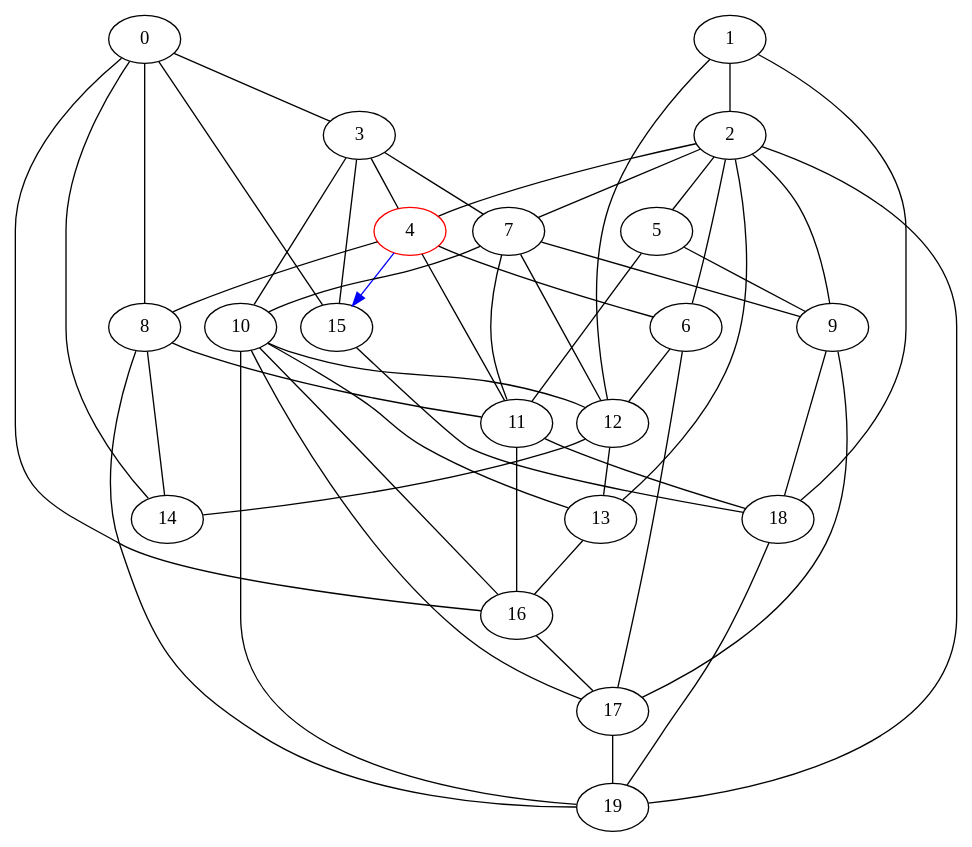
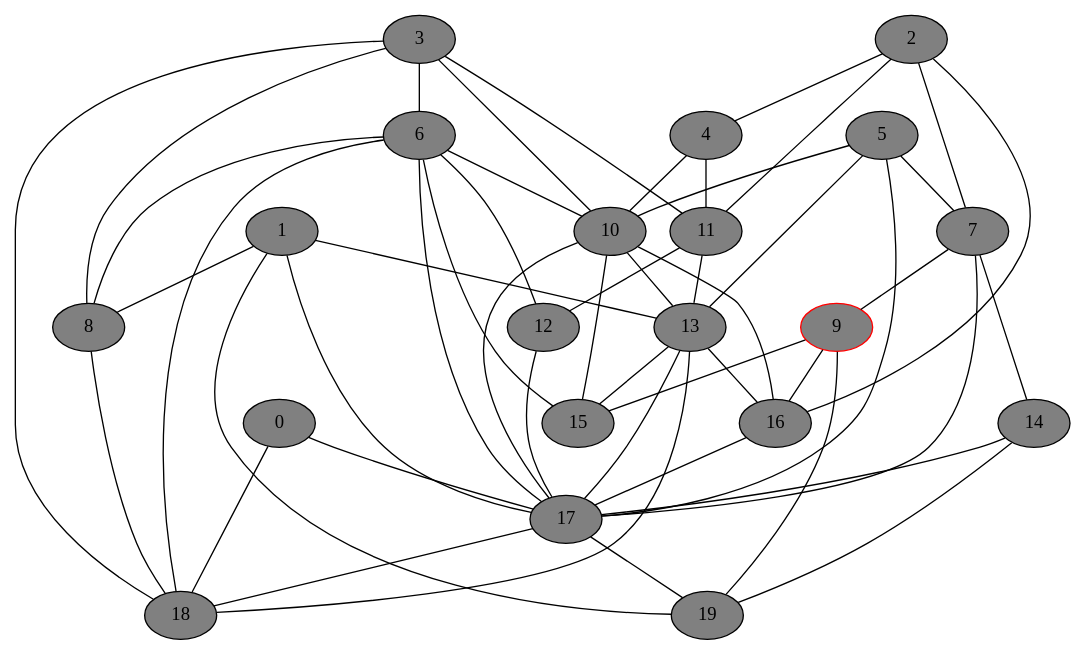
Before and after one commit to DSMishler/EBA_models: the diagram in gv_graphs/nxt0709.dot, drawn with Graphviz. The commit also changed 1043 other files, not shown here.

Commit message:
second set of graphs

```diff
--- a/gv_graphs/nxt0709.dot
+++ b/gv_graphs/nxt0709.dot
@@ -1,74 +1,74 @@
 // network test graph
 digraph
 {
-	0 [fillcolor=gray,style=shaded,]
-	1 [fillcolor=gray,style=shaded,]
-	2 [fillcolor=gray,style=shaded,]
-	3 [fillcolor=gray,style=shaded,]
-	4 [fillcolor=gray,style=shaded,color=red,]
-	5 [fillcolor=gray,style=shaded,]
-	6 [fillcolor=gray,style=shaded,]
-	7 [fillcolor=gray,style=shaded,]
-	8 [fillcolor=gray,style=shaded,]
-	9 [fillcolor=gray,style=shaded,]
-	10 [fillcolor=gray,style=shaded,]
-	11 [fillcolor=gray,style=shaded,]
-	12 [fillcolor=gray,style=shaded,]
-	13 [fillcolor=gray,style=shaded,]
-	14 [fillcolor=gray,style=shaded,]
-	15 [fillcolor=gray,style=shaded,]
-	16 [fillcolor=gray,style=shaded,]
-	17 [fillcolor=gray,style=shaded,]
-	18 [fillcolor=gray,style=shaded,]
-	19 [fillcolor=gray,style=shaded,]
-	0 -> 3 [dir=none]
-	0 -> 8 [dir=none]
-	0 -> 14 [dir=none]
-	0 -> 15 [dir=none]
-	0 -> 16 [dir=none]
-	1 -> 2 [dir=none]
-	1 -> 12 [dir=none]
-	1 -> 18 [dir=none]
+	0 [fillcolor=gray,style=filled,]
+	1 [fillcolor=gray,style=filled,]
+	2 [fillcolor=gray,style=filled,]
+	3 [fillcolor=gray,style=filled,]
+	4 [fillcolor=gray,style=filled,]
+	5 [fillcolor=gray,style=filled,]
+	6 [fillcolor=gray,style=filled,]
+	7 [fillcolor=gray,style=filled,]
+	8 [fillcolor=gray,style=filled,]
+	9 [fillcolor=gray,style=filled,color=red,]
+	10 [fillcolor=gray,style=filled,]
+	11 [fillcolor=gray,style=filled,]
+	12 [fillcolor=gray,style=filled,]
+	13 [fillcolor=gray,style=filled,]
+	14 [fillcolor=gray,style=filled,]
+	15 [fillcolor=gray,style=filled,]
+	16 [fillcolor=gray,style=filled,]
+	17 [fillcolor=gray,style=filled,]
+	18 [fillcolor=gray,style=filled,]
+	19 [fillcolor=gray,style=filled,]
+	0 -> 17 [dir=none]
+	0 -> 18 [dir=none]
+	1 -> 8 [dir=none]
+	1 -> 13 [dir=none]
+	1 -> 17 [dir=none]
+	1 -> 19 [dir=none]
 	2 -> 4 [dir=none]
-	2 -> 5 [dir=none]
-	2 -> 6 [dir=none]
 	2 -> 7 [dir=none]
-	2 -> 9 [dir=none]
-	2 -> 13 [dir=none]
-	2 -> 19 [dir=none]
-	3 -> 4 [dir=none]
-	3 -> 7 [dir=none]
+	2 -> 11 [dir=none]
+	2 -> 16 [dir=none]
+	3 -> 6 [dir=none]
+	3 -> 8 [dir=none]
 	3 -> 10 [dir=none]
-	3 -> 15 [dir=none]
-	4 -> 6 [dir=none]
-	4 -> 8 [dir=none]
+	3 -> 11 [dir=none]
+	3 -> 18 [dir=none]
+	4 -> 10 [dir=none]
 	4 -> 11 [dir=none]
-	4 -> 15 [dir=forward,color=blue,]
-	5 -> 9 [dir=none]
-	5 -> 11 [dir=none]
+	5 -> 7 [dir=none]
+	5 -> 10 [dir=none]
+	5 -> 13 [dir=none]
+	5 -> 17 [dir=none]
+	6 -> 8 [dir=none]
+	6 -> 10 [dir=none]
 	6 -> 12 [dir=none]
+	6 -> 15 [dir=none]
 	6 -> 17 [dir=none]
+	6 -> 18 [dir=none]
 	7 -> 9 [dir=none]
-	7 -> 10 [dir=none]
-	7 -> 11 [dir=none]
-	7 -> 12 [dir=none]
-	8 -> 11 [dir=none]
-	8 -> 14 [dir=none]
-	8 -> 19 [dir=none]
-	9 -> 17 [dir=none]
-	9 -> 18 [dir=none]
-	10 -> 12 [dir=none]
+	7 -> 14 [dir=none]
+	7 -> 17 [dir=none]
+	8 -> 18 [dir=none]
+	9 -> 15 [dir=none]
+	9 -> 16 [dir=none]
+	9 -> 19 [dir=none]
 	10 -> 13 [dir=none]
+	10 -> 15 [dir=none]
 	10 -> 16 [dir=none]
 	10 -> 17 [dir=none]
-	10 -> 19 [dir=none]
-	11 -> 16 [dir=none]
-	11 -> 18 [dir=none]
-	12 -> 13 [dir=none]
-	12 -> 14 [dir=none]
+	11 -> 12 [dir=none]
+	11 -> 13 [dir=none]
+	12 -> 17 [dir=none]
+	13 -> 15 [dir=none]
 	13 -> 16 [dir=none]
-	15 -> 18 [dir=none]
+	13 -> 17 [dir=none]
+	13 -> 18 [dir=none]
+	14 -> 17 [dir=none]
+	14 -> 19 [dir=none]
 	16 -> 17 [dir=none]
+	17 -> 18 [dir=none]
 	17 -> 19 [dir=none]
-	18 -> 19 [dir=none]
 }
```
